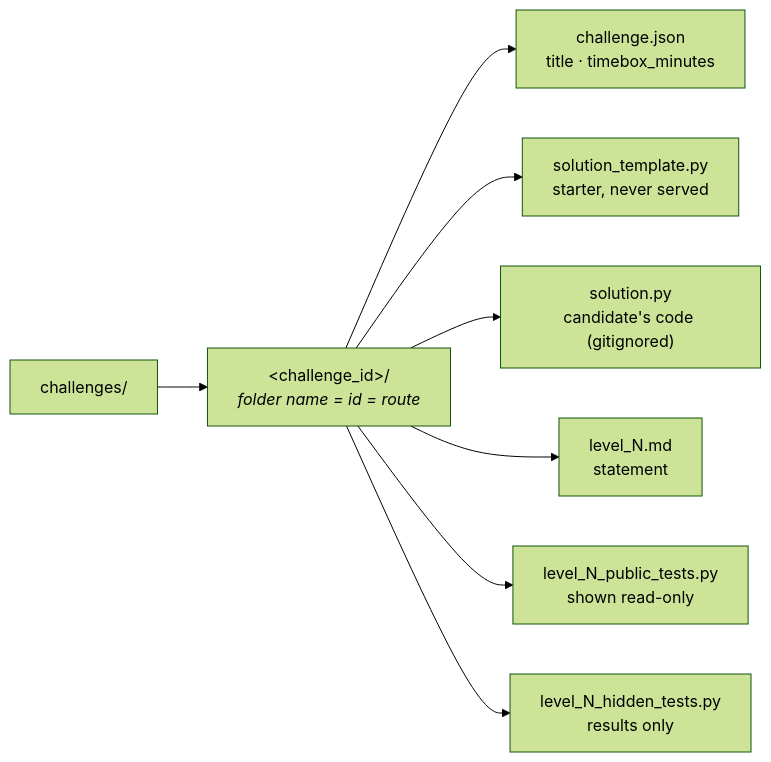
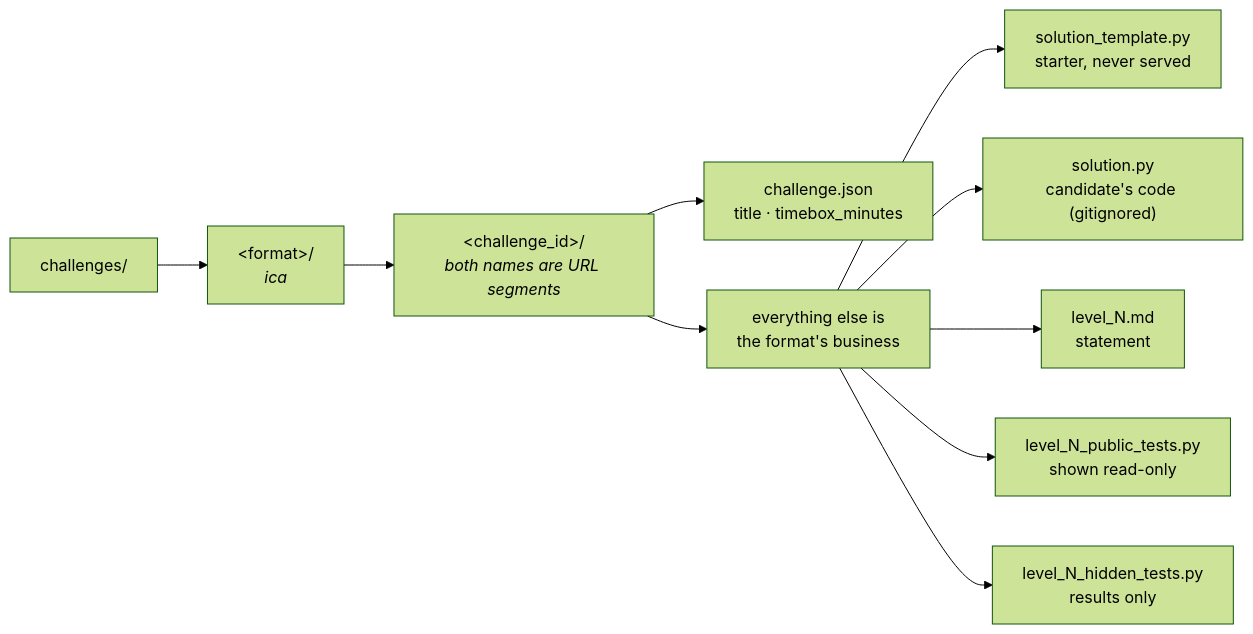
One commit to evertoncastro/CodeReps changed the fourth of 4 diagrams in COMPONENTS.md. Above: the diagram before and after it, drawn with Mermaid (forest theme). The commit also changed other lines of this file and 76 other files, not shown here.

````diff
--- a/COMPONENTS.md
+++ b/COMPONENTS.md
@@ -108,10 +115,12 @@
 ```mermaid
 graph LR
-    lib["challenges/"] --> c["&lt;challenge_id&gt;/<br/><i>folder name = id = route</i>"]
+    lib["challenges/"] --> f["&lt;format&gt;/<br/><i>ica</i>"]
+    f --> c["&lt;challenge_id&gt;/<br/><i>both names are URL segments</i>"]
     c --> meta["challenge.json<br/>title · timebox_minutes"]
-    c --> tpl["solution_template.py<br/>starter, never served"]
-    c --> sol["solution.py<br/>candidate's code (gitignored)"]
-    c --> lvl["level_N.md<br/>statement"]
-    c --> pub["level_N_public_tests.py<br/>shown read-only"]
-    c --> hid["level_N_hidden_tests.py<br/>results only"]
+    c --> rest["everything else is<br/>the format's business"]
+    rest --> tpl["solution_template.py<br/>starter, never served"]
+    rest --> sol["solution.py<br/>candidate's code (gitignored)"]
+    rest --> lvl["level_N.md<br/>statement"]
+    rest --> pub["level_N_public_tests.py<br/>shown read-only"]
+    rest --> hid["level_N_hidden_tests.py<br/>results only"]
 ```
````
